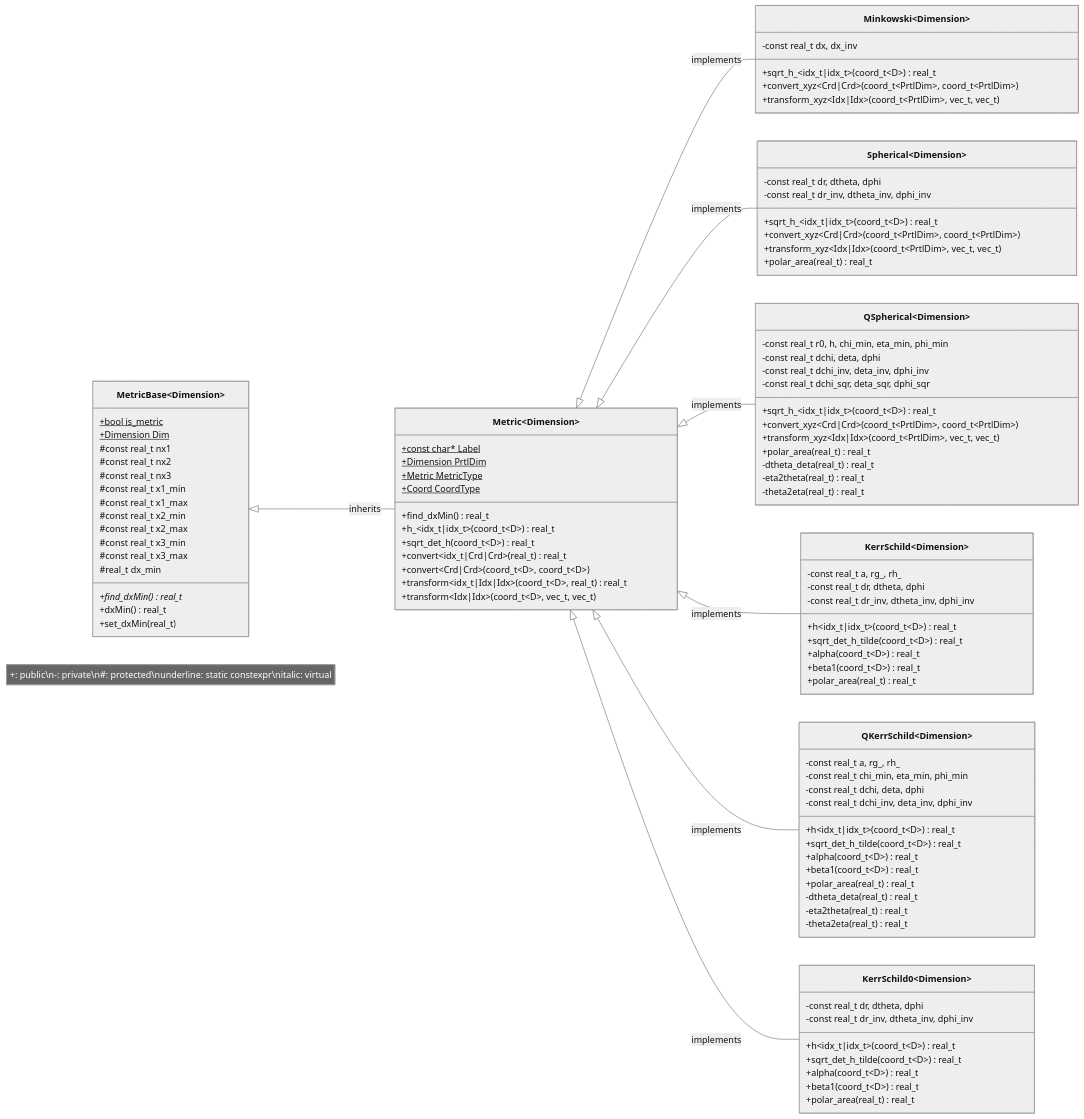
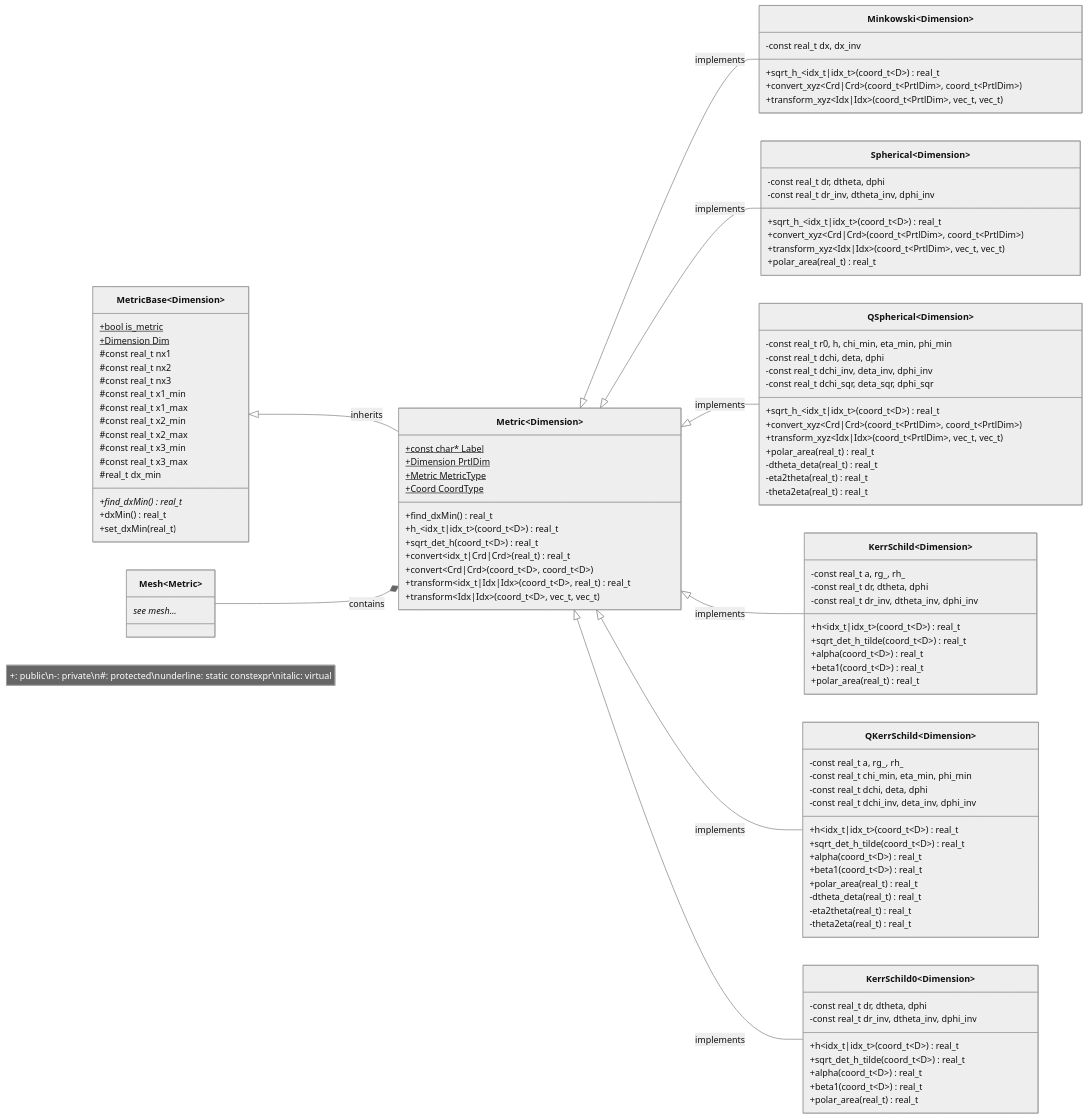
Before and after one commit to entity-toolkit/wiki: the diagram in docs/code/metrics.md, drawn with Mermaid (neutral theme). The commit also changed other lines of this file and 13 other files, not shown here.

````diff
--- a/docs/code/metrics.md
+++ b/docs/code/metrics.md
@@ -394,6 +404,9 @@
     -eta2theta(real_t) real_t
     -theta2eta(real_t) real_t
   }
+  class Mesh~Metric~{
+    see mesh...*
+  }
   MetricBase <|-- Metric : inherits
   Metric <|-- Minkowski : implements
   Metric <|-- Spherical : implements
@@ -401,5 +414,6 @@
   Metric <|-- KerrSchild : implements
   Metric <|-- QKerrSchild : implements
   Metric <|-- KerrSchild0 : implements
+  Mesh --* Metric : contains
   note "+: public\n-: private\n#: protected\nunderline: static constexpr\nitalic: virtual"
 ```
````
